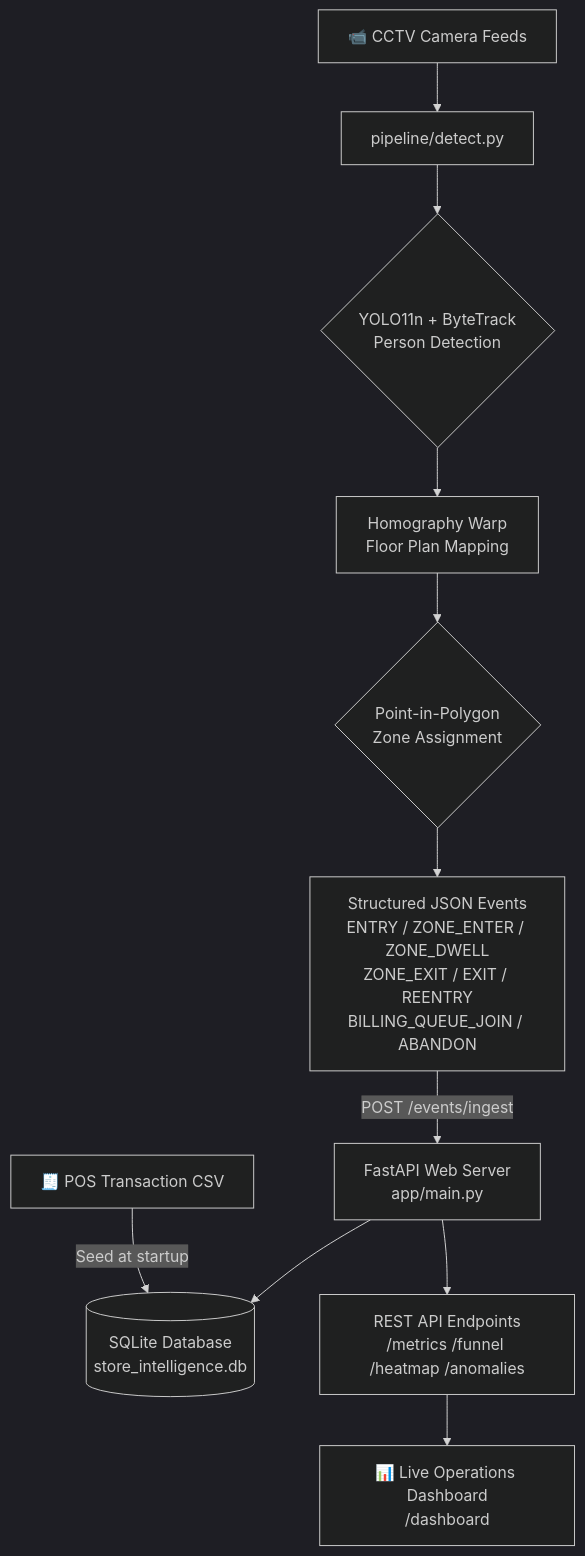
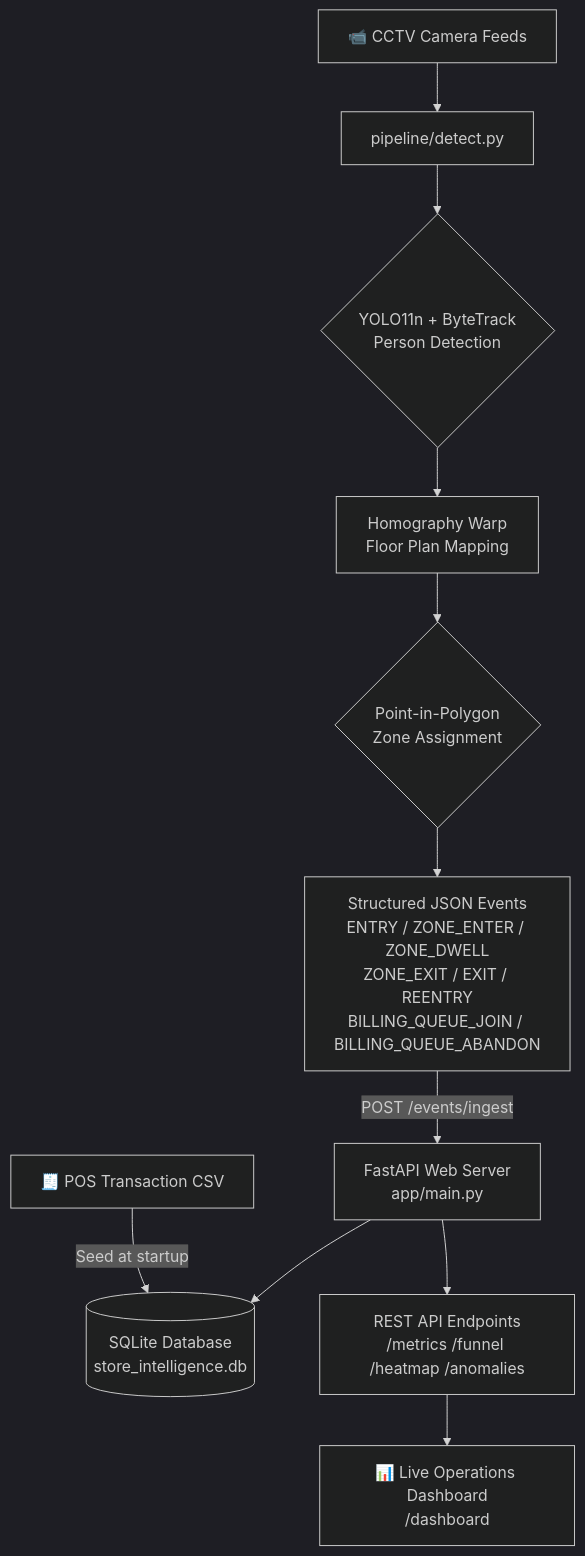
One commit to Keshabkjha/purplle-retail-intelligence changed the first of 3 diagrams in README.md. Above: the diagram before and after it, drawn with Mermaid (dark theme). The commit also changed other lines of this file and 8 other files, not shown here.

````diff
--- a/README.md
+++ b/README.md
@@ -57,13 +57,13 @@
 ```mermaid
 graph TD
     A[📹 CCTV Camera Feeds] --> B[pipeline/detect.py]
     B --> C{YOLO11n + ByteTrack\nPerson Detection}
     C --> D[Homography Warp\nFloor Plan Mapping]
     D --> E{Point-in-Polygon\nZone Assignment}
-    E --> F[Structured JSON Events\nENTRY / ZONE_ENTER / ZONE_DWELL\nZONE_EXIT / EXIT / REENTRY\nBILLING_QUEUE_JOIN / ABANDON]
+    E --> F[Structured JSON Events\nENTRY / ZONE_ENTER / ZONE_DWELL\nZONE_EXIT / EXIT / REENTRY\nBILLING_QUEUE_JOIN / BILLING_QUEUE_ABANDON]
     F -->|POST /events/ingest| G[FastAPI Web Server\napp/main.py]
     G --> H[(SQLite Database\nstore_intelligence.db)]
     G --> I[REST API Endpoints\n/metrics /funnel /heatmap /anomalies]
     I --> J[📊 Live Operations Dashboard\n/dashboard]
     K[🧾 POS Transaction CSV] -->|Seed at startup| H
 ```
````
